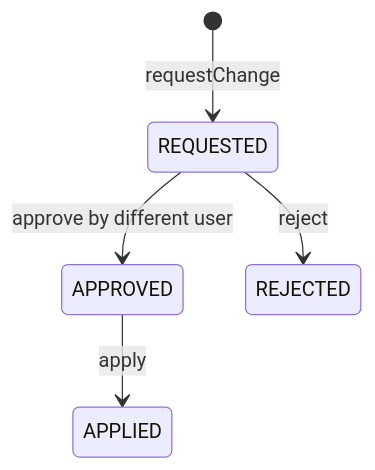
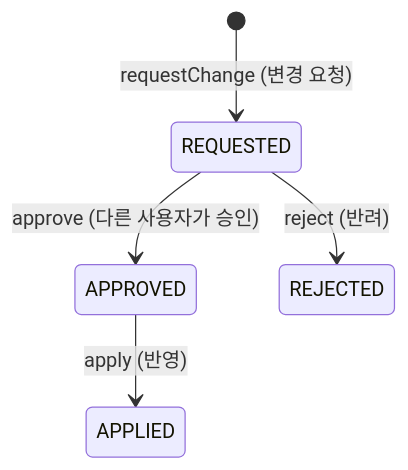
One commit to skyg547/account changed the second of 4 diagrams in master-data/docs/process-flow.md. Above: the diagram before and after it, drawn with Mermaid. The commit also changed other lines of this file and 94 other files, not shown here.

````diff
--- a/master-data/docs/process-flow.md
+++ b/master-data/docs/process-flow.md
@@ -21,7 +21,7 @@
 ```mermaid
 stateDiagram-v2
-    [*] --> REQUESTED : requestChange
-    REQUESTED --> APPROVED : approve by different user
-    REQUESTED --> REJECTED : reject
-    APPROVED --> APPLIED : apply
+    [*] --> REQUESTED : requestChange (변경 요청)
+    REQUESTED --> APPROVED : approve (다른 사용자가 승인)
+    REQUESTED --> REJECTED : reject (반려)
+    APPROVED --> APPLIED : apply (반영)
 ```
````
